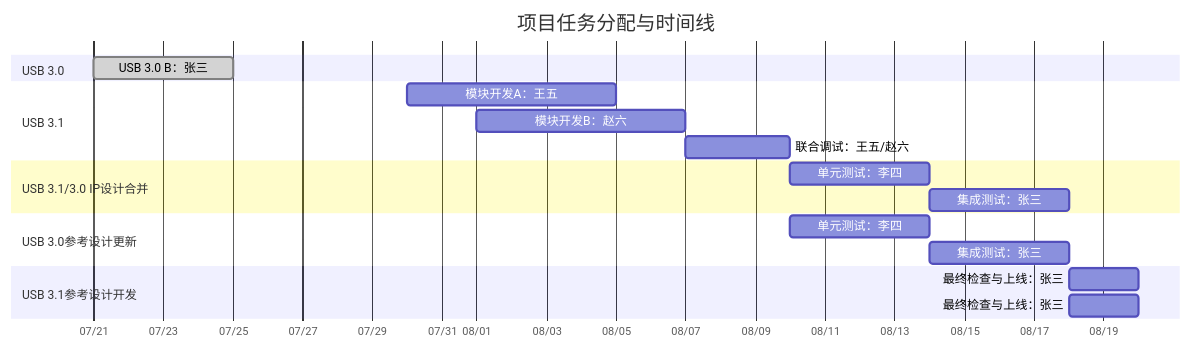
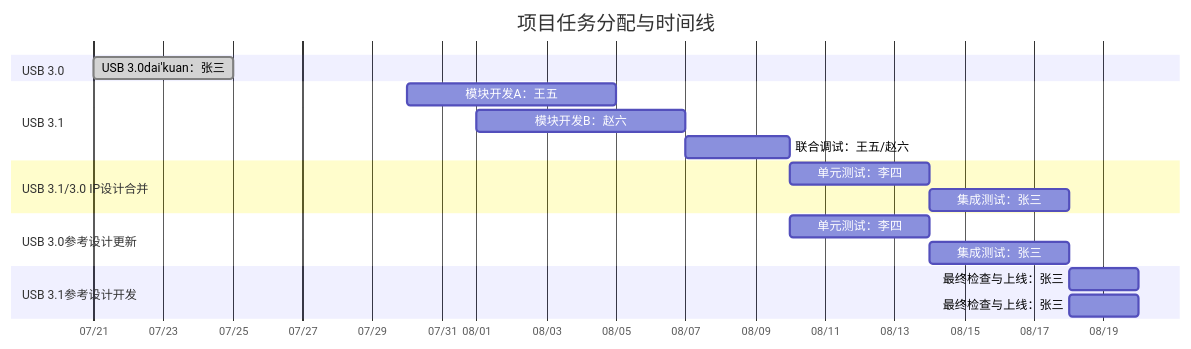
One commit to winsonbook/iodraw-files changed the diagram in all/未命名.md. Above: the diagram before and after it, drawn with Mermaid.

Commit message:
2025-07-21 09:42:22 update

````diff
--- a/all/未命名.md
+++ b/all/未命名.md
@@ -1,29 +1,29 @@
 ```mermaid
 gantt
     title 项目任务分配与时间线
     dateFormat  YYYY-MM-DD
     axisFormat  %m/%d
 
     section USB 3.0
-    USB 3.0 B：张三       :done,    task1, 2025-07-21, 4d
+    USB 3.0dai'kuan：张三       :done,    task1, 2025-07-21, 4d
 
     section USB 3.1
     模块开发A：王五      :         task3, 2025-07-30, 6d
     模块开发B：赵六      :         task4, 2025-08-01, 6d
     联合调试：王五/赵六  :         task5, 2025-08-07, 3d
 
     section USB 3.1/3.0 IP设计合并
     单元测试：李四       :         task6, 2025-08-10, 4d
     集成测试：张三       :         task7, 2025-08-14, 4d
 
     section USB 3.0参考设计更新
     单元测试：李四       :         task6, 2025-08-10, 4d
     集成测试：张三       :         task7, 2025-08-14, 4d
 
     section USB 3.1参考设计开发
     最终检查与上线：张三 :         task8, 2025-08-18, 2d
 
     section USB 3.1参考设计开发
     最终检查与上线：张三 :         task8, 2025-08-18, 2d
 
 ```
````
